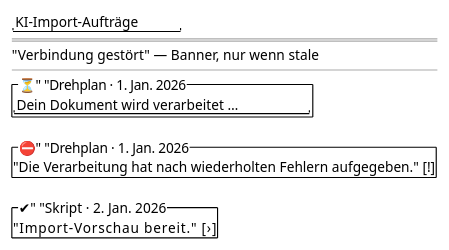
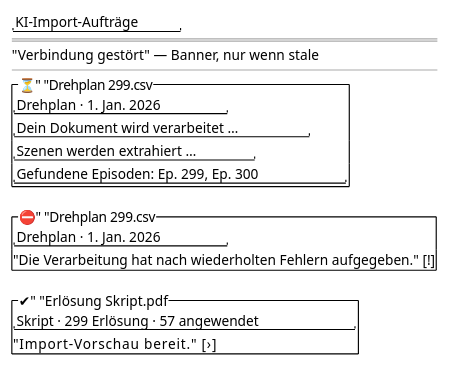
One commit to tradem/breakdown-rs changed the diagram in docs/design/screens/ai-import-jobs.md. Above: the diagram before and after it, drawn with PlantUML. The commit also changed other lines of this file and 29 other files, not shown here.

````diff
--- a/docs/design/screens/ai-import-jobs.md
+++ b/docs/design/screens/ai-import-jobs.md
@@ -38,16 +38,21 @@
 ```plantuml
 @startsalt
 {
   "KI-Import-Aufträge"
   ==
   "Verbindung gestört" — Banner, nur wenn stale
   --
-  {^ "⏳" "Drehplan · 1. Jan. 2026"
-     "Dein Dokument wird verarbeitet …"}
-  {^ "⛔" "Drehplan · 1. Jan. 2026"
+  {^ "⏳" "Drehplan 299.csv"
+     "Drehplan · 1. Jan. 2026"
+     "Dein Dokument wird verarbeitet …"
+     "Szenen werden extrahiert …"
+     "Gefundene Episoden: Ep. 299, Ep. 300"}
+  {^ "⛔" "Drehplan 299.csv"
+     "Drehplan · 1. Jan. 2026"
      "Die Verarbeitung hat nach wiederholten Fehlern aufgegeben." [!]}
-  {^ "✔" "Skript · 2. Jan. 2026"
+  {^ "✔" "Erlösung Skript.pdf"
+     "Skript · 299 Erlösung · 57 angewendet"
      "Import-Vorschau bereit."       [›]}
 }
 @endsalt
 ```
````
